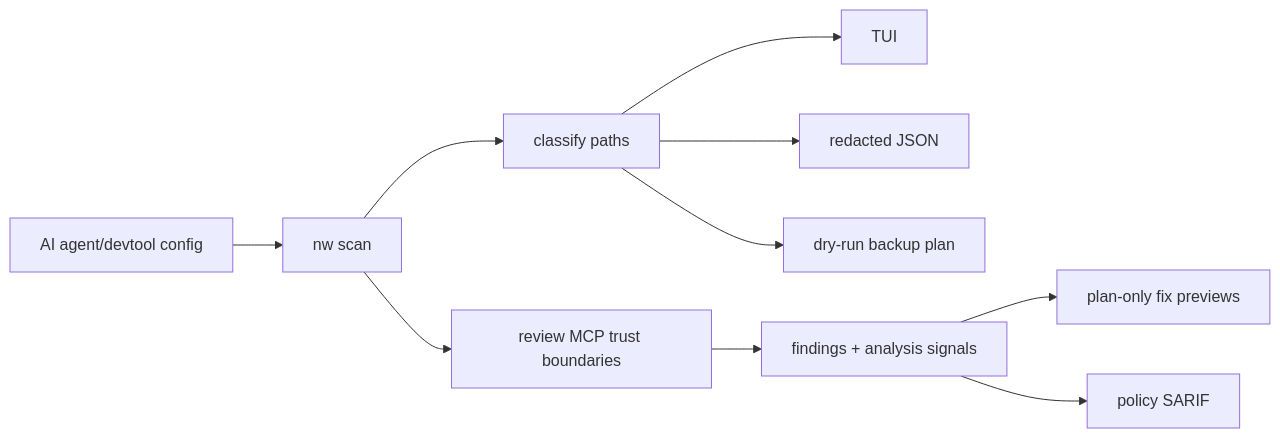
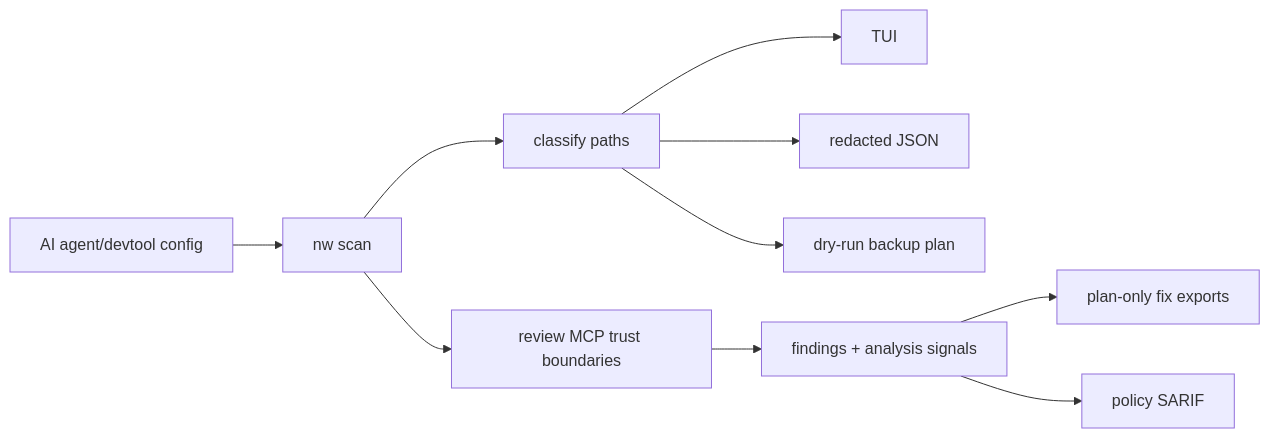
The first of 3 diagrams in README.md (JSONbored/nightward), drawn with Mermaid before and after one commit. The commit also changed other lines of this file and 172 other files, not shown here.

````diff
--- a/README.md
+++ b/README.md
@@ -40,12 +46,12 @@
 ```mermaid
 flowchart LR
   configs["AI agent/devtool config"] --> scan["nw scan"]
   scan --> classify["classify paths"]
   scan --> mcp["review MCP trust boundaries"]
   classify --> tui["TUI"]
   classify --> json["redacted JSON"]
   mcp --> findings["findings + analysis signals"]
-  findings --> fix["plan-only fix previews"]
+  findings --> fix["plan-only fix exports"]
   findings --> sarif["policy SARIF"]
   classify --> backup["dry-run backup plan"]
 ```
````
